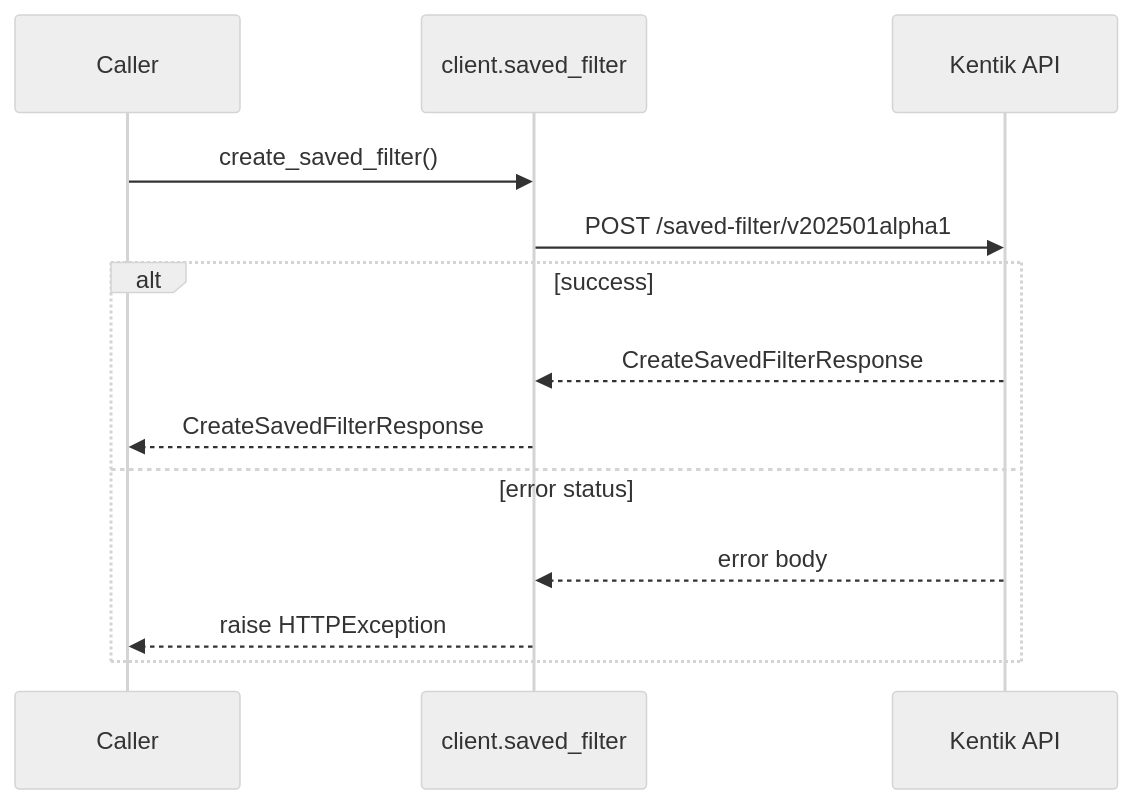
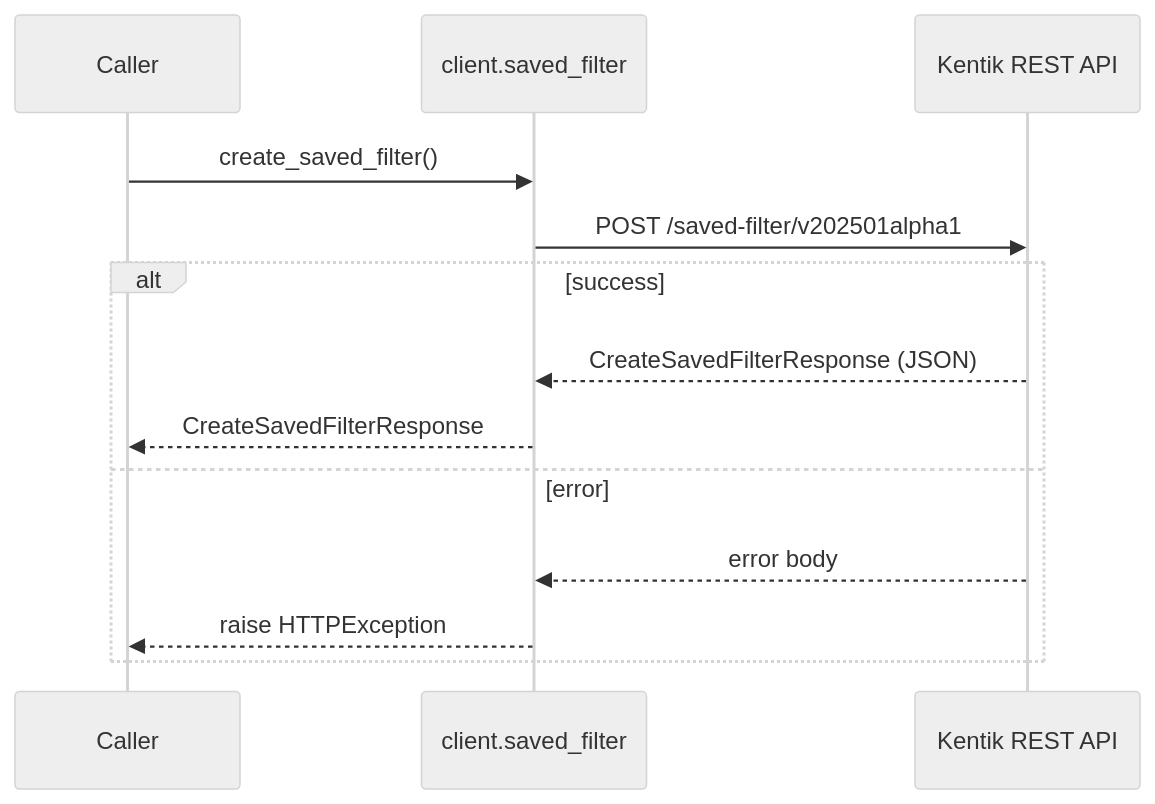
The second of 14 diagrams in docs/sphinx/services/saved_filter.md (alexdearaujo/community_sdk_python), drawn with Mermaid (neutral theme) before and after one commit. The commit also changed other lines of this file and 61 other files, not shown here.

````diff
--- a/docs/sphinx/services/saved_filter.md
+++ b/docs/sphinx/services/saved_filter.md
@@ -33,16 +35,16 @@
 ```mermaid
 sequenceDiagram
     participant C as Caller
     participant W as client.saved_filter
-    participant API as Kentik API
+    participant API as Kentik REST API
 
     C->>W: create_saved_filter()
     W->>API: POST /saved-filter/v202501alpha1
     alt success
-        API-->>W: CreateSavedFilterResponse
+        API-->>W: CreateSavedFilterResponse (JSON)
         W-->>C: CreateSavedFilterResponse
-    else error status
+    else error
         API-->>W: error body
         W-->>C: raise HTTPException
     end
 ```
````
